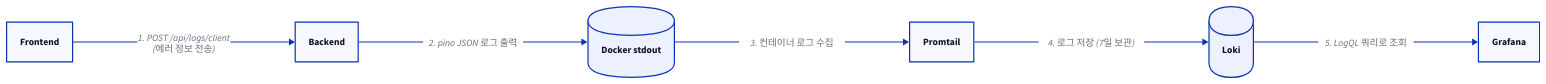
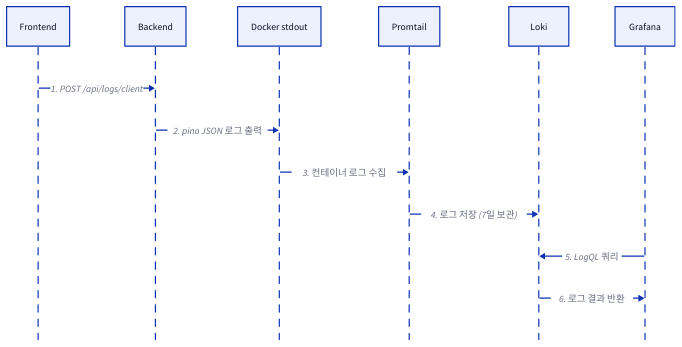
The diagram in .github/assets/log-flow.d2 (gitjay3/Bookstcamp), drawn with D2 before and after one commit. The commit also changed 1 other file, not shown here.

Commit message:
docs: 로그 수집 흐름 시퀀스 다이어그램으로 변경

```diff
--- a/.github/assets/log-flow.d2
+++ b/.github/assets/log-flow.d2
@@ -1,31 +1,15 @@
-direction: right
+shape: sequence_diagram
 
-frontend: Frontend {
-  shape: rectangle
-}
+frontend: Frontend
+backend: Backend
+docker: Docker stdout
+promtail: Promtail
+loki: Loki
+grafana: Grafana
 
-backend: Backend {
-  shape: rectangle
-}
-
-docker: Docker stdout {
-  shape: cylinder
-}
-
-promtail: Promtail {
-  shape: rectangle
-}
-
-loki: Loki {
-  shape: cylinder
-}
-
-grafana: Grafana {
-  shape: rectangle
-}
-
-frontend -> backend: "1. POST /api/logs/client\n(에러 정보 전송)"
-backend -> docker: "2. pino JSON 로그 출력"
-docker -> promtail: "3. 컨테이너 로그 수집"
-promtail -> loki: "4. 로그 저장 (7일 보관)"
-loki -> grafana: "5. LogQL 쿼리로 조회"
+frontend -> backend: 1. POST /api/logs/client
+backend -> docker: 2. pino JSON 로그 출력
+docker -> promtail: 3. 컨테이너 로그 수집
+promtail -> loki: 4. 로그 저장 (7일 보관)
+grafana -> loki: 5. LogQL 쿼리
+loki -> grafana: 6. 로그 결과 반환
```
